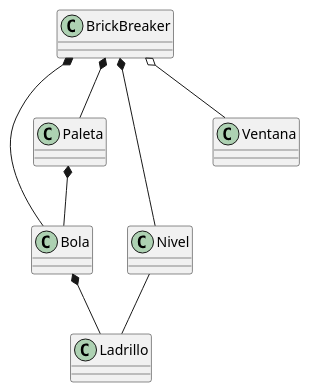
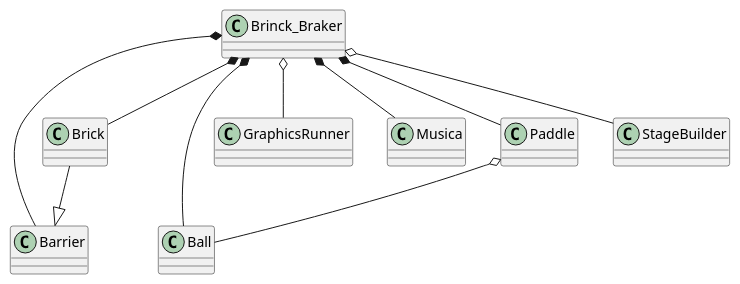
One commit to SantiagoGarciaVazquez/BrickBreaker changed the diagram in docs/Diagrama.puml. Above: the diagram before and after it, drawn with PlantUML. The commit also changed 3 other files, not shown here.

Commit message:
Diagrama

```diff
--- a/docs/Diagrama.puml
+++ b/docs/Diagrama.puml
@@ -1,18 +1,26 @@
 @startuml
 
-class BrickBreaker
-class Bola
-class Ladrillo
-class Paleta 
-class Nivel
-class Ventana
+class Ball
+class Barrier
+class Brick
+class Brinck_Braker 
+class GraphicsRunner
+class Musica
+class Paddle
+class StageBuilder
 
-BrickBreaker *-- Bola
-BrickBreaker *-- Paleta
-BrickBreaker *-- Nivel
-BrickBreaker o-- Ventana
-Bola *-- Ladrillo
-Paleta *-- Bola
-Nivel -- Ladrillo
+Brinck_Braker *-- Ball
+Brinck_Braker *-- Paddle
+Brinck_Braker *-- Brick
+Brinck_Braker *-- Barrier
+Brinck_Braker *-- Musica
+
+Brinck_Braker o-- GraphicsRunner
+Brinck_Braker o-- StageBuilder
+
+Paddle o-- Ball
+
+Brick --|> Barrier
+
 
 @enduml
```
